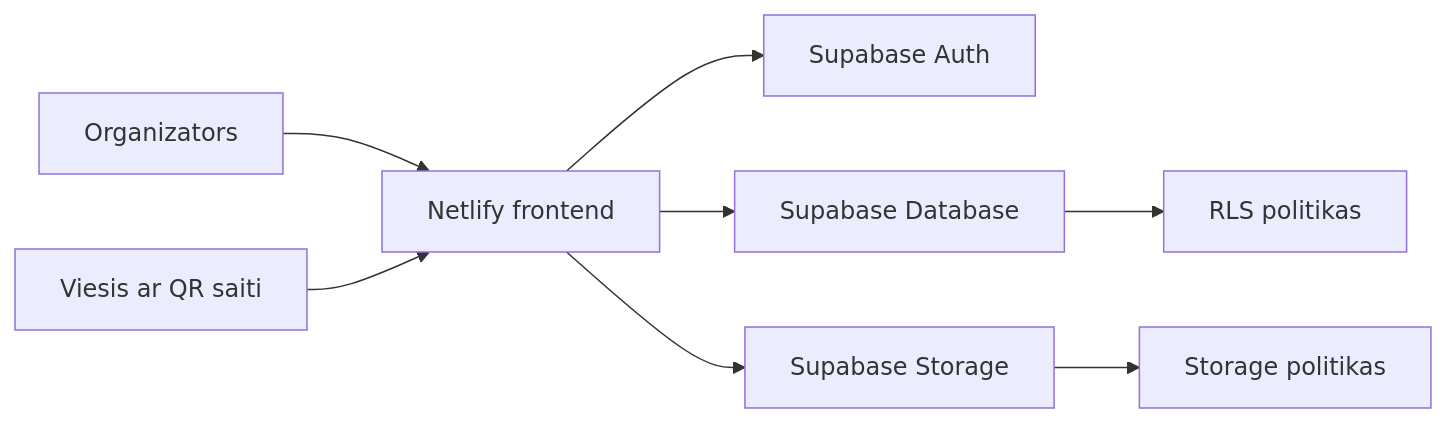
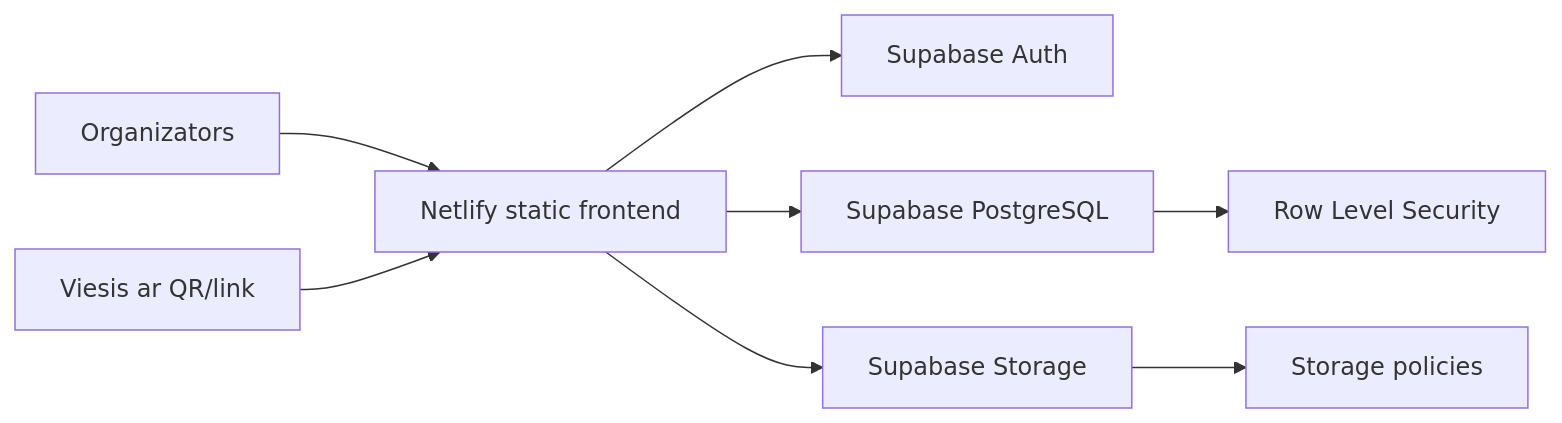
One commit to GKarans/Event-Photo-SaaS changed the diagram in docs/architecture.md. Above: the diagram before and after it, drawn with Mermaid. The commit also changed other lines of this file and 1 other file, not shown here.

Commit message:
Update README and architecture docs

````diff
--- a/docs/architecture.md
+++ b/docs/architecture.md
@@ -39,10 +22,10 @@
 ```mermaid
 flowchart LR
-    Organizer["Organizators"] --> Frontend["Netlify frontend"]
-    Guest["Viesis ar QR saiti"] --> Frontend
-    Frontend --> Auth["Supabase Auth"]
-    Frontend --> DB["Supabase Database"]
-    Frontend --> Storage["Supabase Storage"]
-    DB --> RLS["RLS politikas"]
-    Storage --> StoragePolicies["Storage politikas"]
+    Organizer["Organizators"] --> Netlify["Netlify static frontend"]
+    Guest["Viesis ar QR/link"] --> Netlify
+    Netlify --> Auth["Supabase Auth"]
+    Netlify --> DB["Supabase PostgreSQL"]
+    Netlify --> Storage["Supabase Storage"]
+    DB --> RLS["Row Level Security"]
+    Storage --> Policies["Storage policies"]
 ```
````
